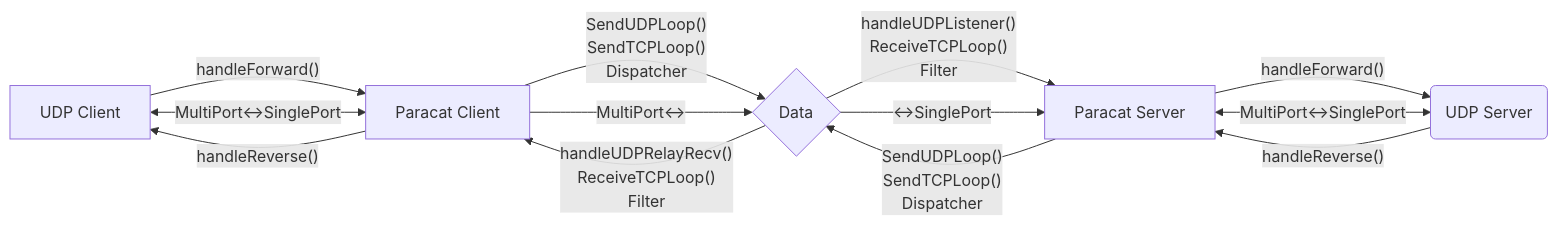
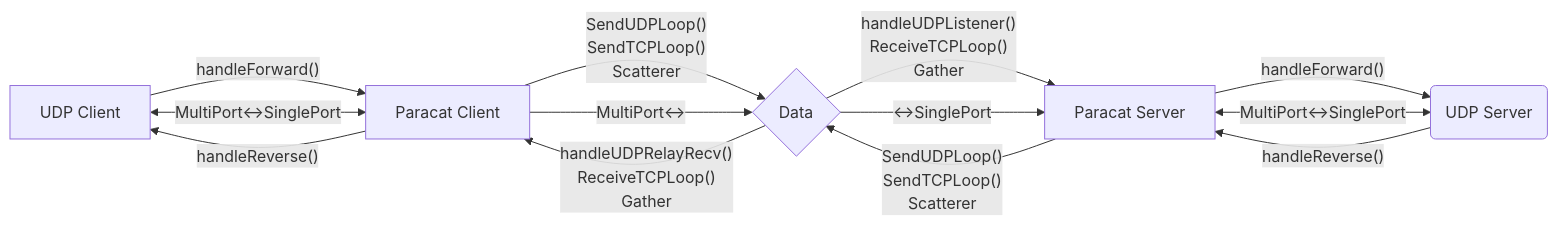
Before and after one commit to chenx-dust/paracat: the diagram in README.md, drawn with Mermaid. The commit also changed 24 other files, not shown here.

````diff
--- a/README.md
+++ b/README.md
@@ -7,40 +7,40 @@
 ```mermaid
 flowchart LR
     C[UDP Client]
     PC[Paracat Client]
     D{Data}
     PS[Paracat Server]
     S(UDP Server)
 
     C -->|"handleForward()"| PC
     C <-->|MultiPort<->SinglePort| PC
     PC -->|"handleReverse()"| C
 
     PC -->|"
     SendUDPLoop()
     SendTCPLoop()
-    Dispatcher
+    Scatterer
     "| D
     PC -->|MultiPort<->| D
     D -->|"
     handleUDPRelayRecv()
     ReceiveTCPLoop()
-    Filter
+    Gather
     "| PC
 
     D -->|"
     handleUDPListener()
     ReceiveTCPLoop()
-    Filter
+    Gather
     "| PS
     D -->|<->SinglePort| PS
     PS -->|"
     SendUDPLoop()
     SendTCPLoop()
-    Dispatcher
+    Scatterer
     "| D
 
     PS -->|"handleForward()"| S
     PS <-->|MultiPort<->SinglePort| S
     S -->|"handleReverse()"| PS
 ```
````
